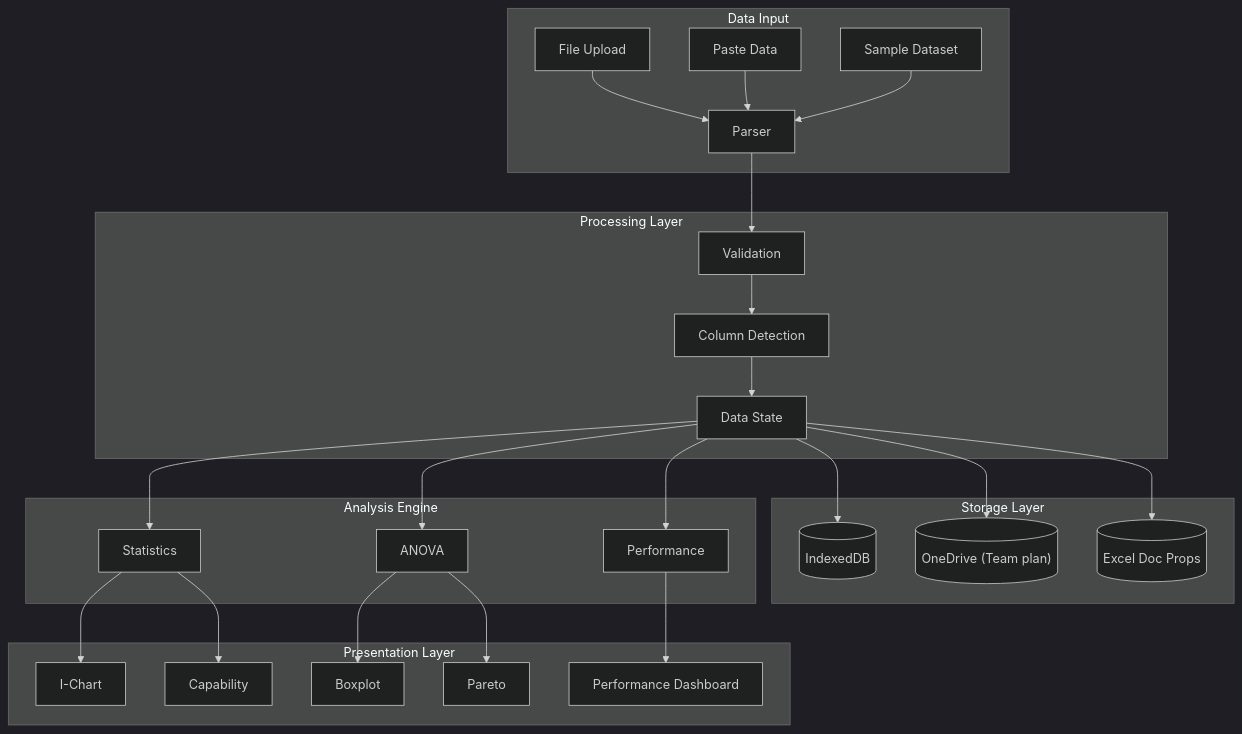
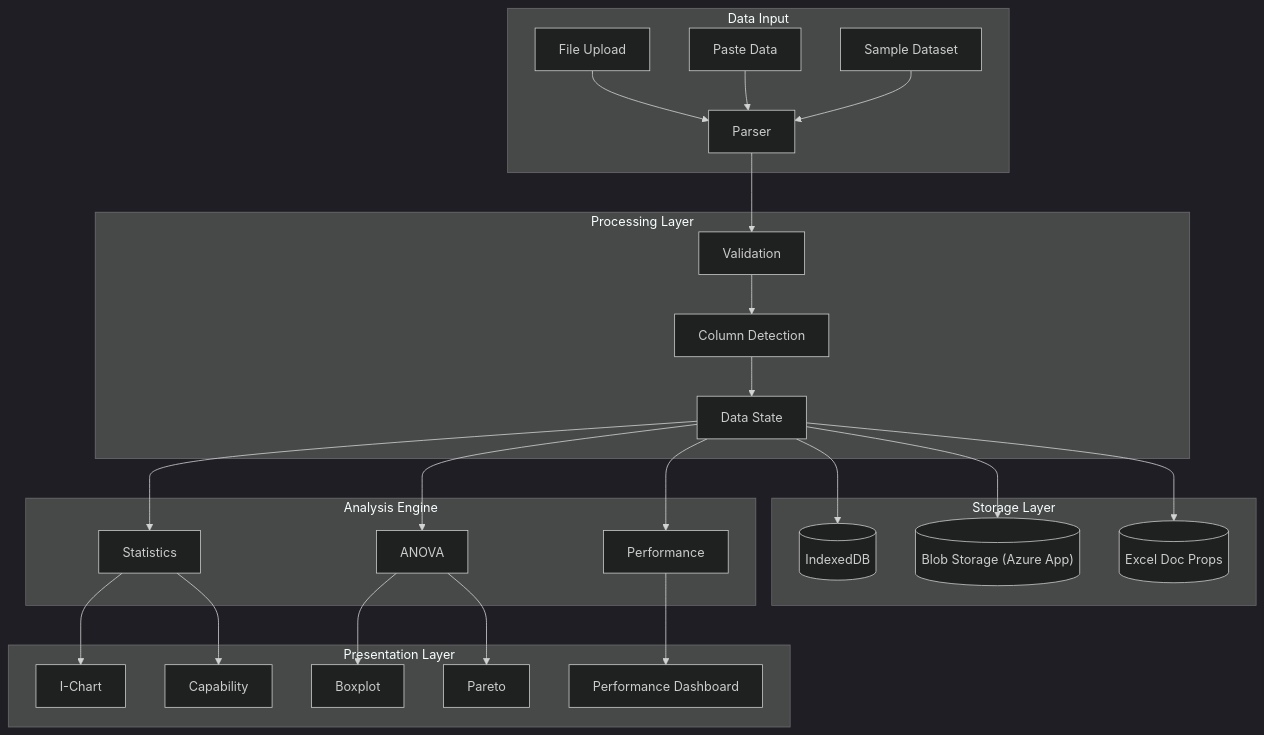
Before and after one commit to jukka-matti/variscout: the first of 12 diagrams in docs/05-technical/architecture/data-flow.md, drawn with Mermaid (dark theme). The commit also changed other lines of this file and 55 other files, not shown here.

````diff
--- a/docs/05-technical/architecture/data-flow.md
+++ b/docs/05-technical/architecture/data-flow.md
@@ -19,34 +19,34 @@
 ```mermaid
 flowchart TB
     subgraph Input["Data Input"]
         A1[File Upload] --> B[Parser]
         A2[Paste Data] --> B
         A3[Sample Dataset] --> B
     end
 
     subgraph Processing["Processing Layer"]
         B --> C[Validation]
         C --> D[Column Detection]
         D --> E[Data State]
     end
 
     subgraph Analysis["Analysis Engine"]
         E --> F1[Statistics]
         E --> F2[ANOVA]
         E --> F5[Performance]
     end
 
     subgraph Presentation["Presentation Layer"]
         F1 --> G1[I-Chart]
         F2 --> G2[Boxplot]
         F2 --> G3[Pareto]
         F1 --> G4[Capability]
         F5 --> G7[Performance Dashboard]
     end
 
     subgraph Persistence["Storage Layer"]
         E --> H1[(IndexedDB)]
-        E --> H2[("OneDrive (Team plan)")]
+        E --> H2[("Blob Storage (Azure App)")]
         E --> H3[(Excel Doc Props)]
     end
 ```
````
